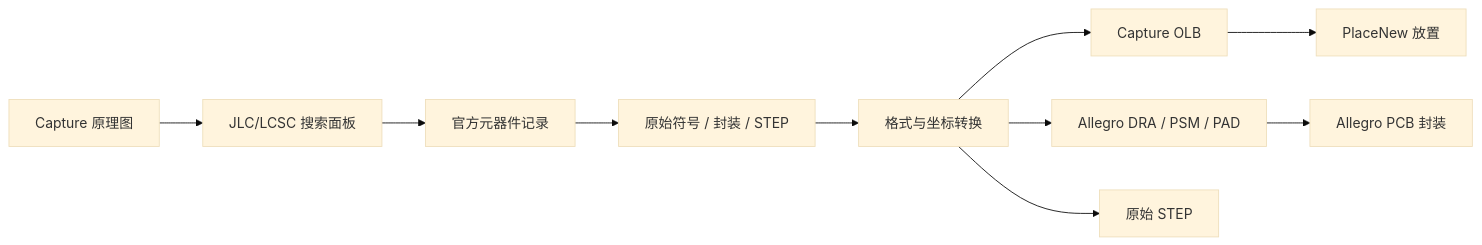
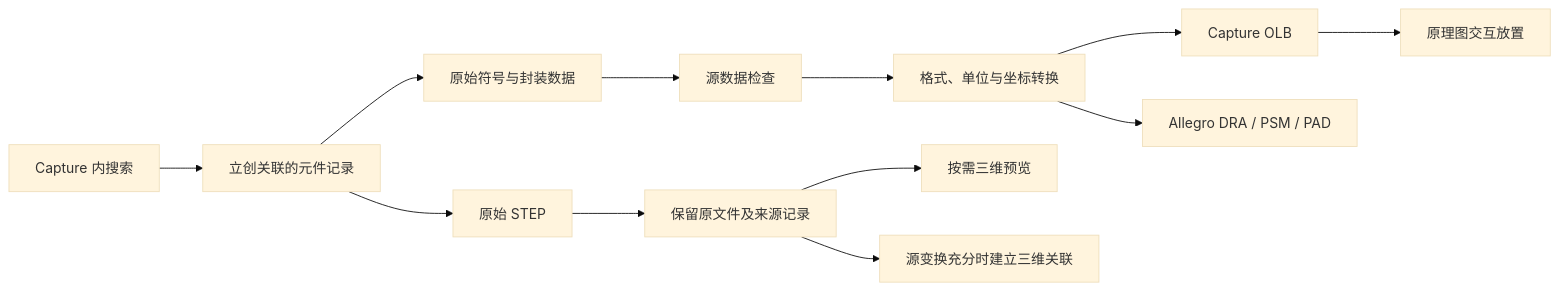
One commit to BH4ME/cadence-component-forge changed the diagram in README.md. Above: the diagram before and after it, drawn with Mermaid (base theme). The commit also changed other lines of this file and 1 other file, not shown here.

````diff
--- a/README.md
+++ b/README.md
@@ -44,12 +166,14 @@
 ```mermaid
 flowchart LR
-    A[Capture 原理图] --> B[JLC/LCSC 搜索面板]
-    B --> C[官方元器件记录]
-    C --> D[原始符号 / 封装 / STEP]
-    D --> E[格式与坐标转换]
-    E --> F[Capture OLB]
-    E --> G[Allegro DRA / PSM / PAD]
-    E --> H[原始 STEP]
-    F --> I[PlaceNew 放置]
-    G --> J[Allegro PCB 封装]
+    Search[Capture 内搜索] --> Record[立创关联的元件记录]
+    Record --> Source[原始符号与封装数据]
+    Record --> STEP[原始 STEP]
+    Source --> Check[源数据检查]
+    Check --> Convert[格式、单位与坐标转换]
+    Convert --> OLB[Capture OLB]
+    Convert --> PCB[Allegro DRA / PSM / PAD]
+    OLB --> Place[原理图交互放置]
+    STEP --> Local[保留原文件及来源记录]
+    Local --> Preview[按需三维预览]
+    Local --> Mapping[源变换充分时建立三维关联]
 ```
````
